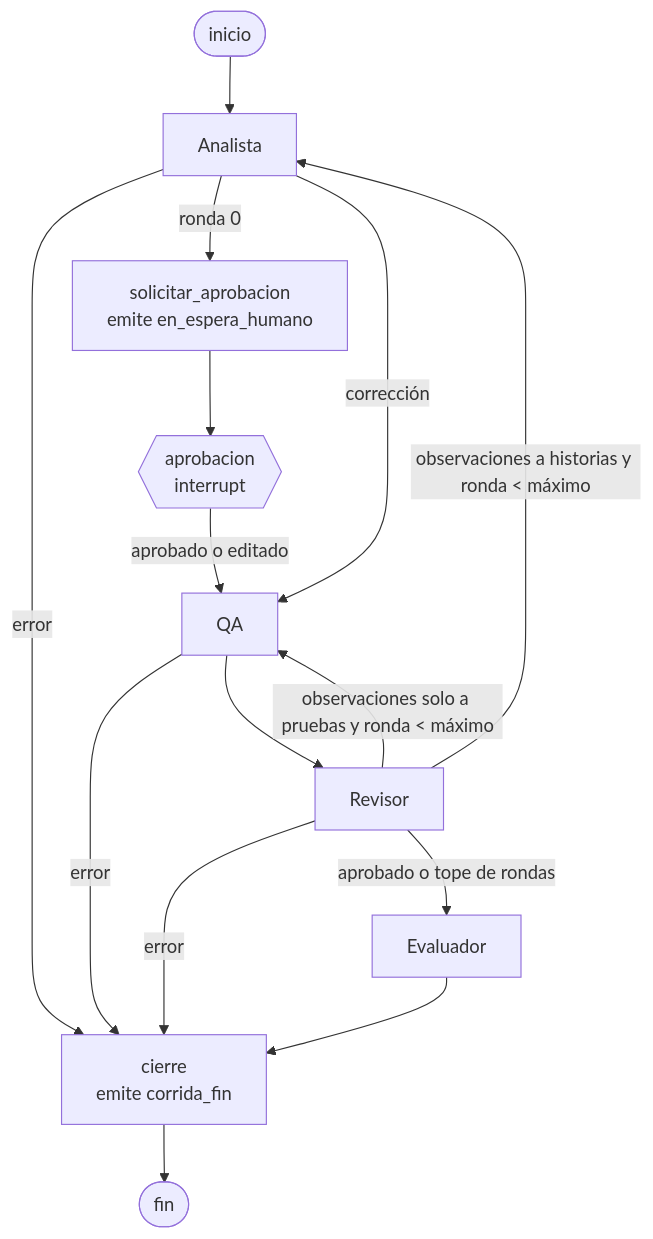
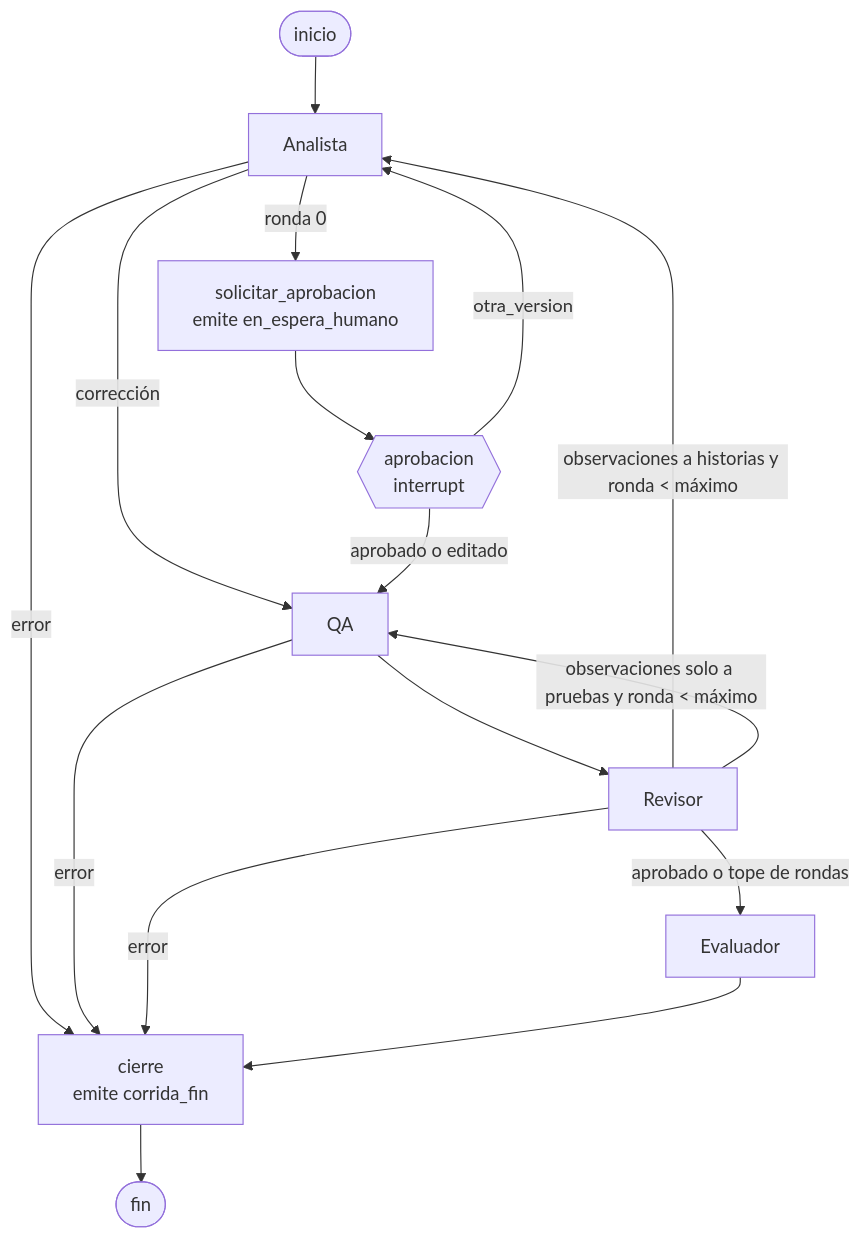
One commit to GDavila97/CriterIA changed the diagram in docs/agents.md. Above: the diagram before and after it, drawn with Mermaid. The commit also changed other lines of this file and 51 other files, not shown here.

````diff
--- a/docs/agents.md
+++ b/docs/agents.md
@@ -42,17 +42,18 @@
 ```mermaid
 flowchart TD
   start([inicio]) --> analista[Analista]
   analista -- error --> cierre
   analista -- ronda 0 --> solicitar[solicitar_aprobacion<br/>emite en_espera_humano]
   analista -- corrección --> qa
   solicitar --> aprobacion{{aprobacion<br/>interrupt}}
   aprobacion -- aprobado o editado --> qa[QA]
+  aprobacion -- otra_version --> analista
   qa -- error --> cierre
   qa --> revisor[Revisor]
   revisor -- error --> cierre
   revisor -- observaciones a historias y ronda < máximo --> analista
   revisor -- observaciones solo a pruebas y ronda < máximo --> qa
   revisor -- aprobado o tope de rondas --> evaluador[Evaluador]
   evaluador --> cierre[cierre<br/>emite corrida_fin]
   cierre --> fin([fin])
 ```
````
